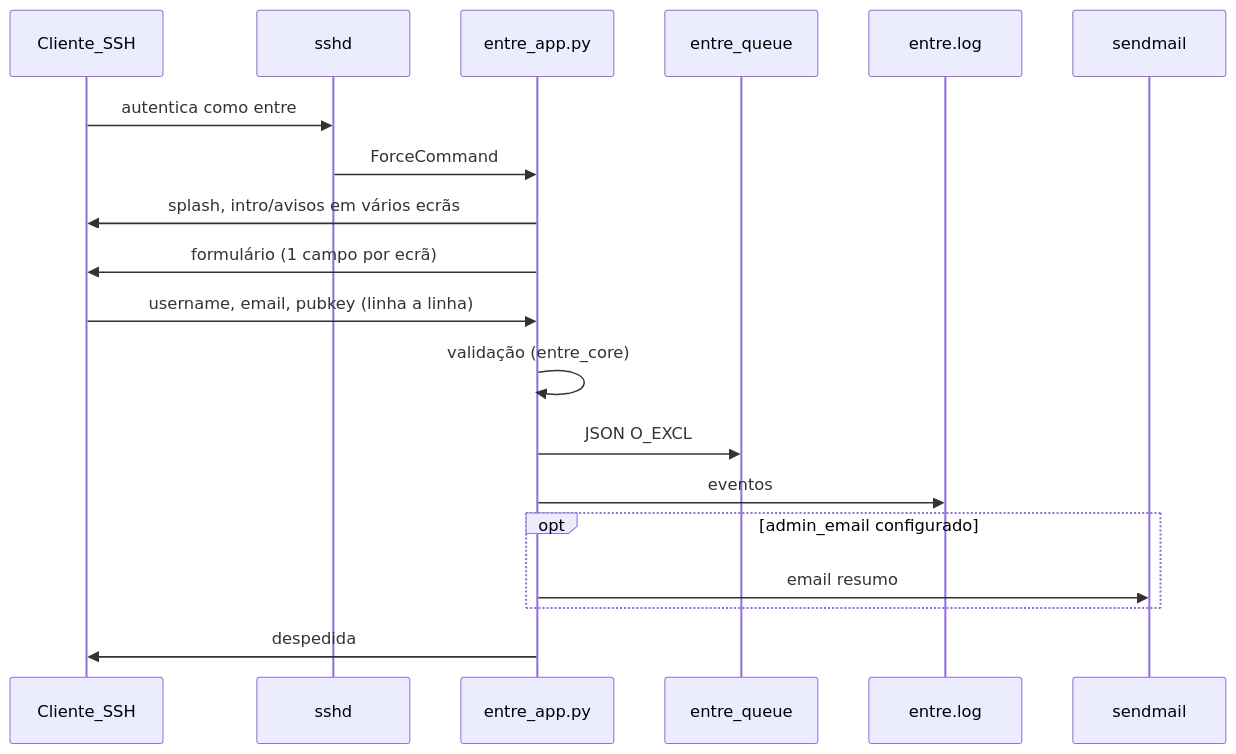
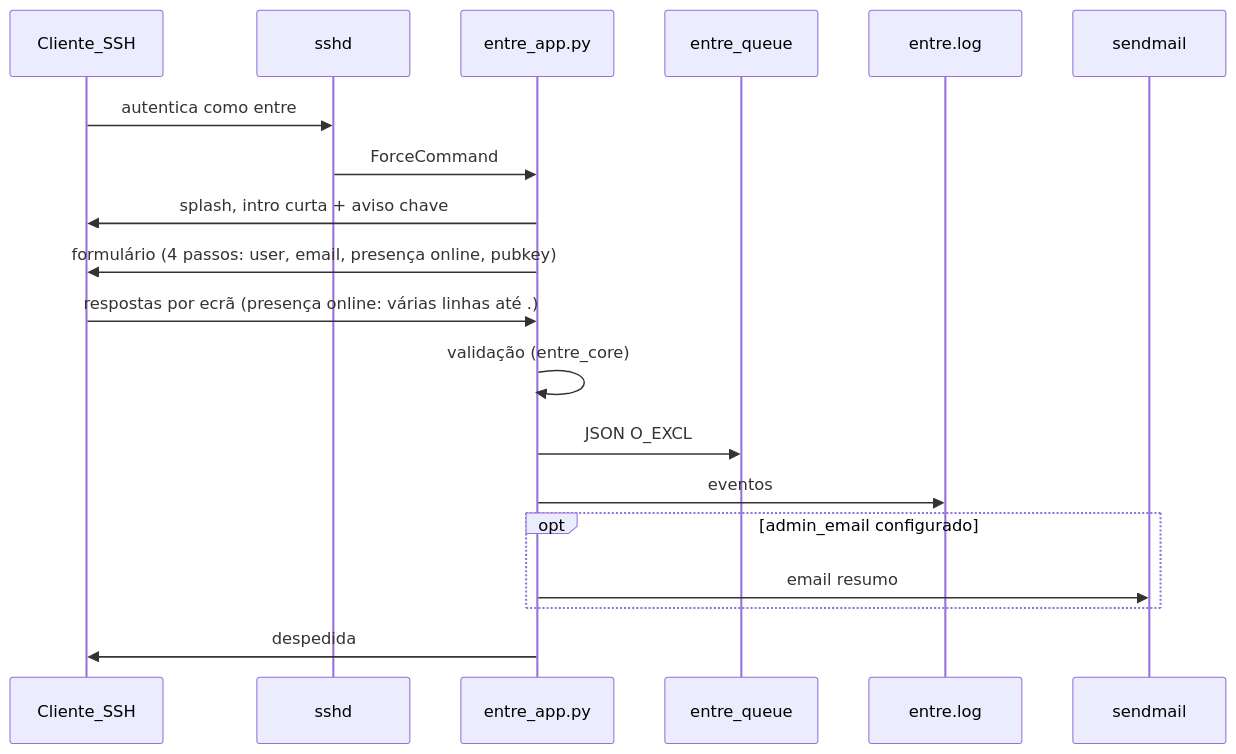
One commit to runv-sh/runv-server changed the diagram in terminal/docs/ARCHITECTURE.md. Above: the diagram before and after it, drawn with Mermaid. The commit also changed other lines of this file and 35 other files, not shown here.

````diff
--- a/terminal/docs/ARCHITECTURE.md
+++ b/terminal/docs/ARCHITECTURE.md
@@ -7,22 +7,22 @@
 ```mermaid
 sequenceDiagram
   participant C as Cliente_SSH
   participant S as sshd
   participant A as entre_app.py
   participant Q as entre_queue
   participant L as entre.log
   participant M as sendmail
 
   C->>S: autentica como entre
   S->>A: ForceCommand
-  A->>C: splash, intro/avisos em vários ecrãs
-  A->>C: formulário (1 campo por ecrã)
-  C->>A: username, email, pubkey (linha a linha)
+  A->>C: splash, intro curta + aviso chave
+  A->>C: formulário (4 passos: user, email, presença online, pubkey)
+  C->>A: respostas por ecrã (presença online: várias linhas até .)
   A->>A: validação (entre_core)
   A->>Q: JSON O_EXCL
   A->>L: eventos
   opt admin_email configurado
     A->>M: email resumo
   end
   A->>C: despedida
 ```
````
